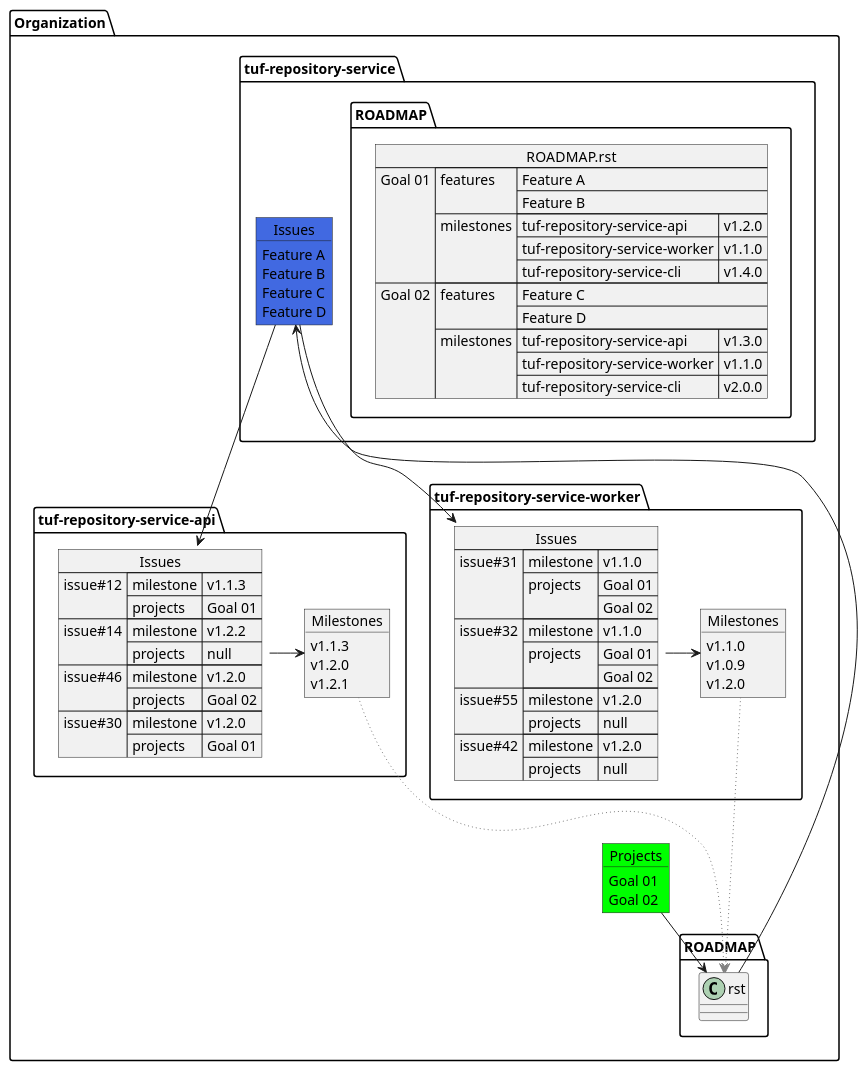
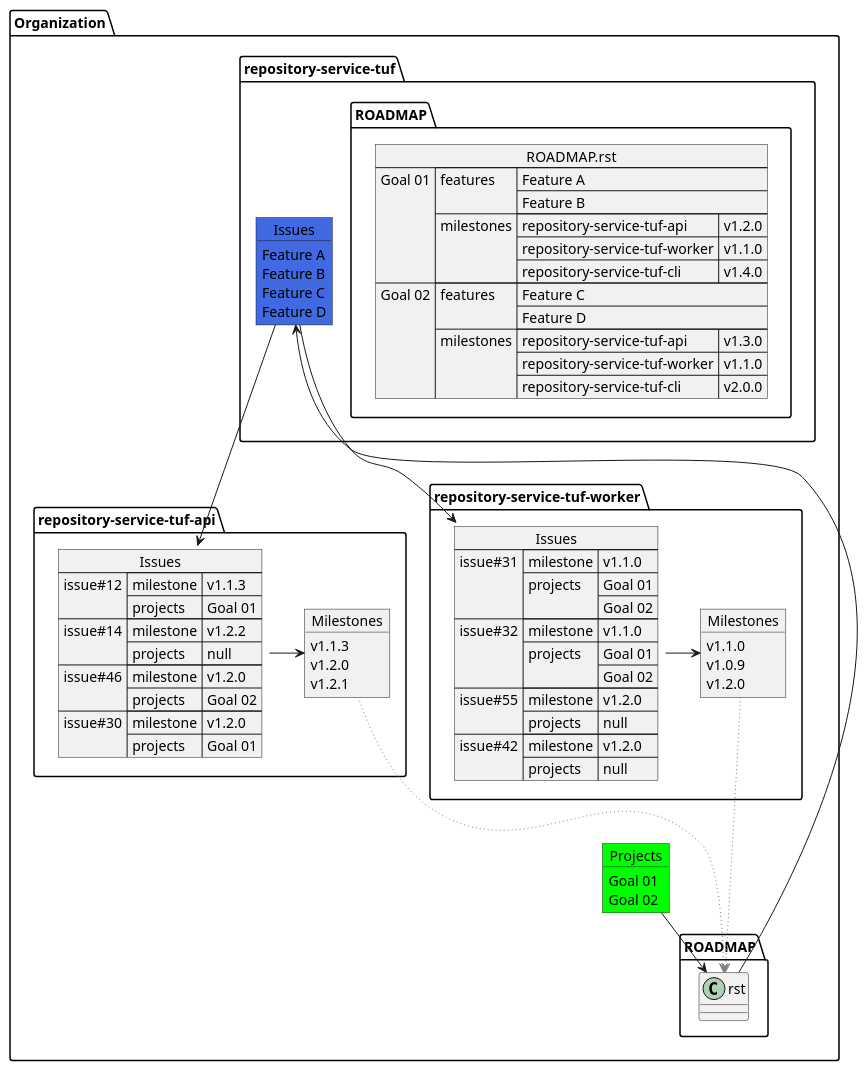
One commit to repository-service-tuf/repository-service-tuf changed the diagram in docs/source/devel/development.rst. Above: the diagram before and after it, drawn with PlantUML. The commit also changed other lines of this file and 64 other files, not shown here.

```diff
--- a/docs/source/devel/development.rst
+++ b/docs/source/devel/development.rst
@@ -43,22 +43,22 @@
                 Goal 02
         }
 
-        package "tuf-repository-service" {
+        package "repository-service-tuf" {
             json ROADMAP.rst {
                 "Goal 01": {
                     "features": ["Feature A", "Feature B"],
                     "milestones": {
-                        "tuf-repository-service-api": "v1.2.0",
-                        "tuf-repository-service-worker": "v1.1.0",
-                        "tuf-repository-service-cli": "v1.4.0"
+                        "repository-service-tuf-api": "v1.2.0",
+                        "repository-service-tuf-worker": "v1.1.0",
+                        "repository-service-tuf-cli": "v1.4.0"
                     }
                 },
                 "Goal 02": {
                     "features": ["Feature C", "Feature D"],
                     "milestones": {
-                        "tuf-repository-service-api": "v1.3.0",
-                        "tuf-repository-service-worker": "v1.1.0",
-                        "tuf-repository-service-cli": "v2.0.0"
+                        "repository-service-tuf-api": "v1.3.0",
+                        "repository-service-tuf-worker": "v1.1.0",
+                        "repository-service-tuf-cli": "v2.0.0"
                     }
                 }
             }
@@ -72,7 +72,7 @@
 
         }
 
-        package "tuf-repository-service-api" {
+        package "repository-service-tuf-api" {
             json "Issues" as api_issues {
                 "issue#12": {
                     "milestone": "v1.1.3",
@@ -99,7 +99,7 @@
 
             api_issues -> api_milestones
         }
-        package "tuf-repository-service-worker" {
+        package "repository-service-tuf-worker" {
             json "Issues" as repo_issues {
                 "issue#31": {
                     "milestone": "v1.1.0",
```
